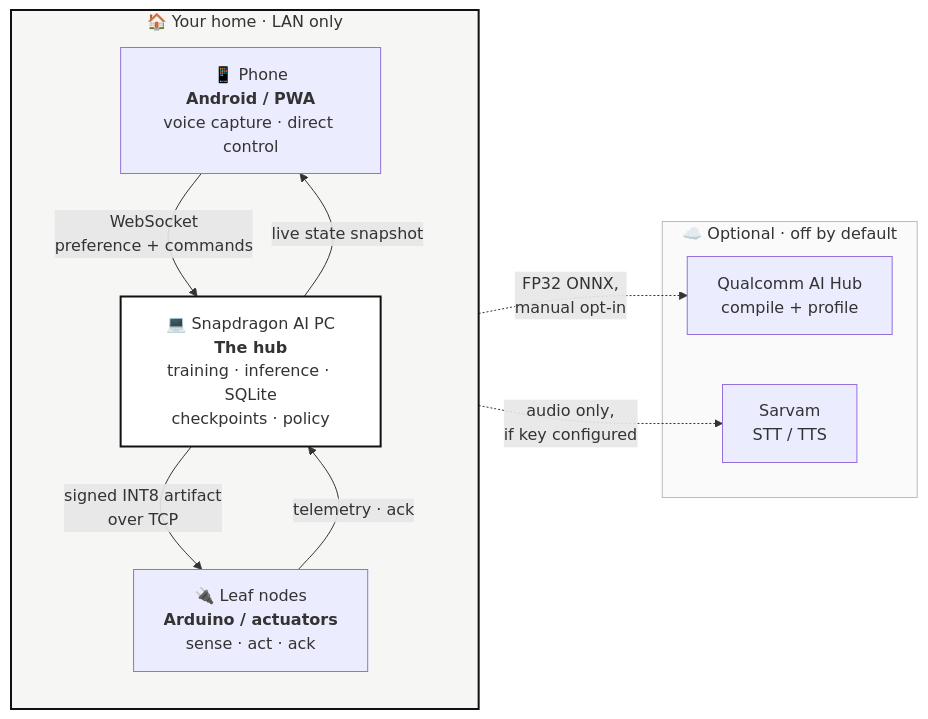
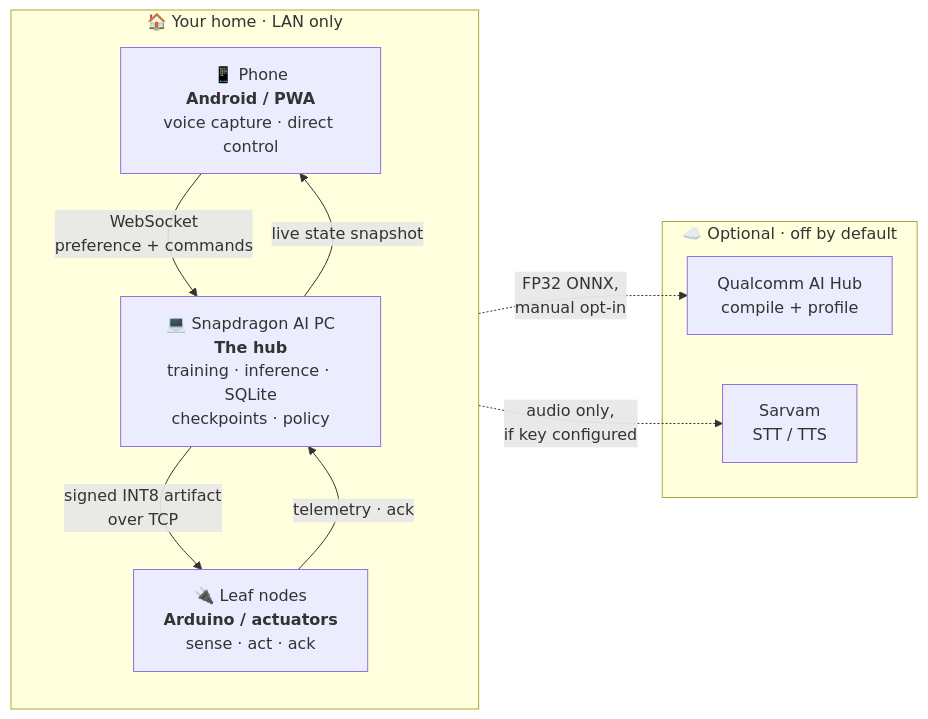
Before and after one commit to gtathelegend/AEON-HOME: the diagram in README.md, drawn with Mermaid.

Commit message:
docs: drop custom mermaid fills so the diagram reads in dark mode
The explicit light fills kept mermaid's dark-theme text colours, leaving
the subgraph titles and the hub node nearly unreadable on GitHub's dark
theme. Falling back to the theme defaults renders correctly in both.

````diff
--- a/README.md
+++ b/README.md
@@ -108,25 +108,21 @@
 ```mermaid
 flowchart LR
     subgraph EDGE["🏠 Your home · LAN only"]
         direction TB
         PHONE["📱 Phone<br/><b>Android / PWA</b><br/>voice capture · direct control"]
         PC["💻 Snapdragon AI PC<br/><b>The hub</b><br/>training · inference · SQLite<br/>checkpoints · policy"]
         LEAF["🔌 Leaf nodes<br/><b>Arduino / actuators</b><br/>sense · act · ack"]
         PHONE -->|"WebSocket<br/>preference + commands"| PC
         PC -->|"signed INT8 artifact<br/>over TCP"| LEAF
         LEAF -->|"telemetry · ack"| PC
         PC -->|"live state snapshot"| PHONE
     end
 
     subgraph CLOUD["☁️ Optional · off by default"]
         HUB["Qualcomm AI Hub<br/>compile + profile"]
         SARVAM["Sarvam<br/>STT / TTS"]
     end
 
     PC -.->|"FP32 ONNX,<br/>manual opt-in"| HUB
     PHONE -.->|"audio only,<br/>if key configured"| SARVAM
-
-    style EDGE fill:#f6f6f4,stroke:#111,stroke-width:2px
-    style CLOUD fill:#fafafa,stroke:#bbb
-    style PC fill:#fff,stroke:#111,stroke-width:2px
 ```
````
